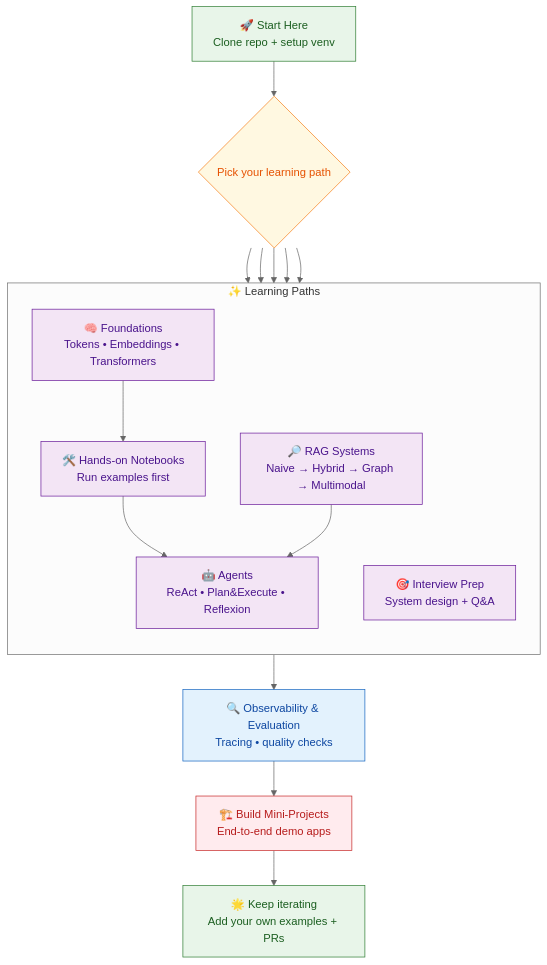
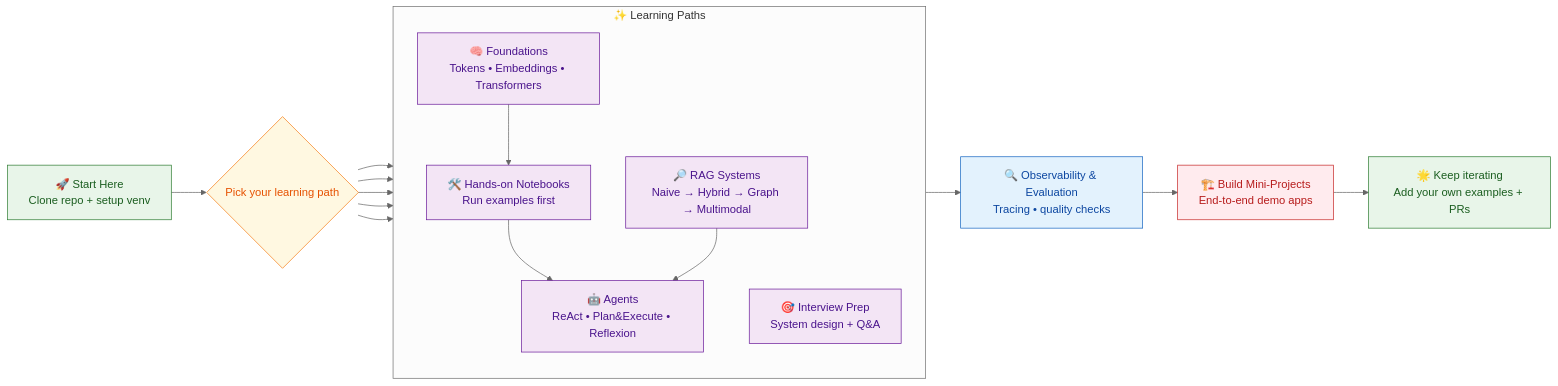
The diagram in README.md (05satyam/AI-ML), drawn with Mermaid (neutral theme) before and after one commit.

Commit message:
Update flowchart direction in README.md (#34)

````diff
--- a/README.md
+++ b/README.md
@@ -83,40 +83,40 @@
 ```mermaid
-flowchart TD
+flowchart LR
   %% ========== Styles ==========
   classDef start fill:#E8F5E9,stroke:#2E7D32,stroke-width:1px,color:#1B5E20;
   classDef step  fill:#E3F2FD,stroke:#1565C0,stroke-width:1px,color:#0D47A1;
   classDef choice fill:#FFF8E1,stroke:#F57F17,stroke-width:1px,color:#E65100;
   classDef path  fill:#F3E5F5,stroke:#6A1B9A,stroke-width:1px,color:#4A148C;
   classDef build fill:#FFEBEE,stroke:#C62828,stroke-width:1px,color:#B71C1C;
 
   %% ========== Flow ==========
   A["🚀 Start Here<br/>Clone repo + setup venv"]:::start
   C{"Pick your learning path"}:::choice
 
   subgraph P["✨ Learning Paths"]
     direction TB
     F["🧠 Foundations<br/>Tokens • Embeddings • Transformers"]:::path
     H["🛠️ Hands-on Notebooks<br/>Run examples first"]:::path
     R["🔎 RAG Systems<br/>Naive → Hybrid → Graph → Multimodal"]:::path
     AG["🤖 Agents<br/>ReAct • Plan&Execute • Reflexion"]:::path
     I["🎯 Interview Prep<br/>System design + Q&A"]:::path
   end
 
   D["🔍 Observability & Evaluation<br/>Tracing • quality checks"]:::step
   E["🏗️ Build Mini-Projects<br/>End-to-end demo apps"]:::build
   Z["🌟 Keep iterating<br/>Add your own examples + PRs"]:::start
 
   %% ========== Edges ==========
   A --> C
   C --> F
   C --> H
   C --> R
   C --> AG
   C --> I
 
   F --> H
   H --> AG
   R --> AG
   AG --> D --> E --> Z
 
 ```
````
